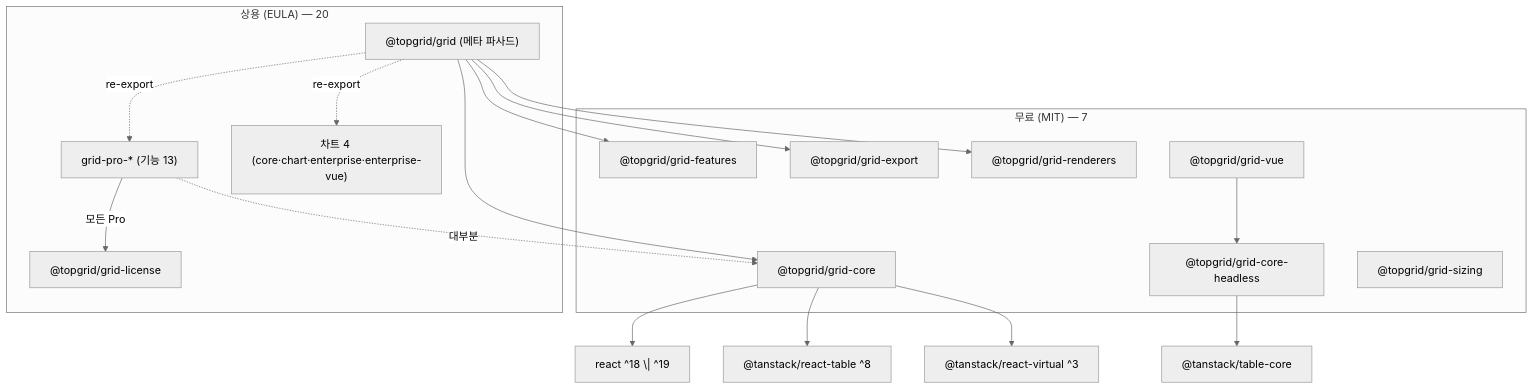
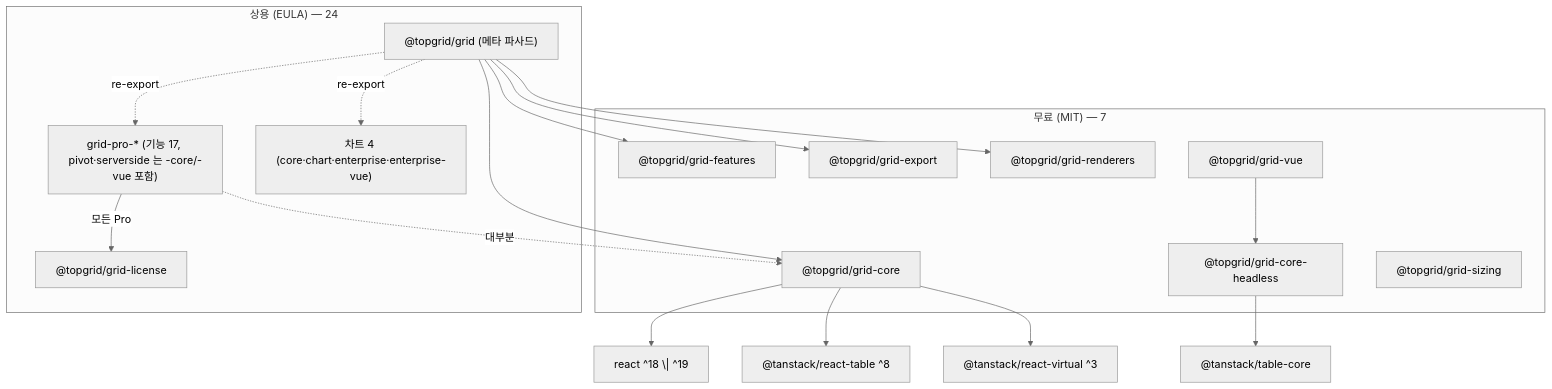
One commit to alladins/topgrid changed the diagram in apps/docs/docs/architecture.mdx. Above: the diagram before and after it, drawn with Mermaid (neutral theme). The commit also changed other lines of this file and 33 other files, not shown here.

First line of the commit message:
docs(site): 자동 API 재생성(31패키지, 신규 4 EN 번역) + 패키지 수 27→31 + Vue Pro 사용법

````diff
--- a/apps/docs/docs/architecture.mdx
+++ b/apps/docs/docs/architecture.mdx
@@ -59,33 +63,33 @@
 ```mermaid
 graph TD
   subgraph Open["무료 (MIT) — 7"]
     grid-core["@topgrid/grid-core"]
     grid-headless["@topgrid/grid-core-headless"]
     grid-features["@topgrid/grid-features"]
     grid-export["@topgrid/grid-export"]
     grid-renderers["@topgrid/grid-renderers"]
     grid-sizing["@topgrid/grid-sizing"]
     grid-vue["@topgrid/grid-vue"]
   end
 
-  subgraph Commercial["상용 (EULA) — 20"]
+  subgraph Commercial["상용 (EULA) — 24"]
     grid["@topgrid/grid (메타 파사드)"]
     grid-license["@topgrid/grid-license"]
-    proAll["grid-pro-* (기능 13)"]
+    proAll["grid-pro-* (기능 17, pivot·serverside 는 -core/-vue 포함)"]
     charts["차트 4 (core·chart·enterprise·enterprise-vue)"]
   end
 
   grid --> grid-core
   grid --> grid-features
   grid --> grid-renderers
   grid --> grid-export
   grid -.->|re-export| proAll
   grid -.->|re-export| charts
   grid-core --> react["react ^18 \| ^19"]
   grid-core --> tanstack["@tanstack/react-table ^8"]
   grid-core --> virtual["@tanstack/react-virtual ^3"]
   grid-headless --> tablecore["@tanstack/table-core"]
   grid-vue --> grid-headless
   proAll -->|모든 Pro| grid-license
   proAll -.->|대부분| grid-core
 ```
````
